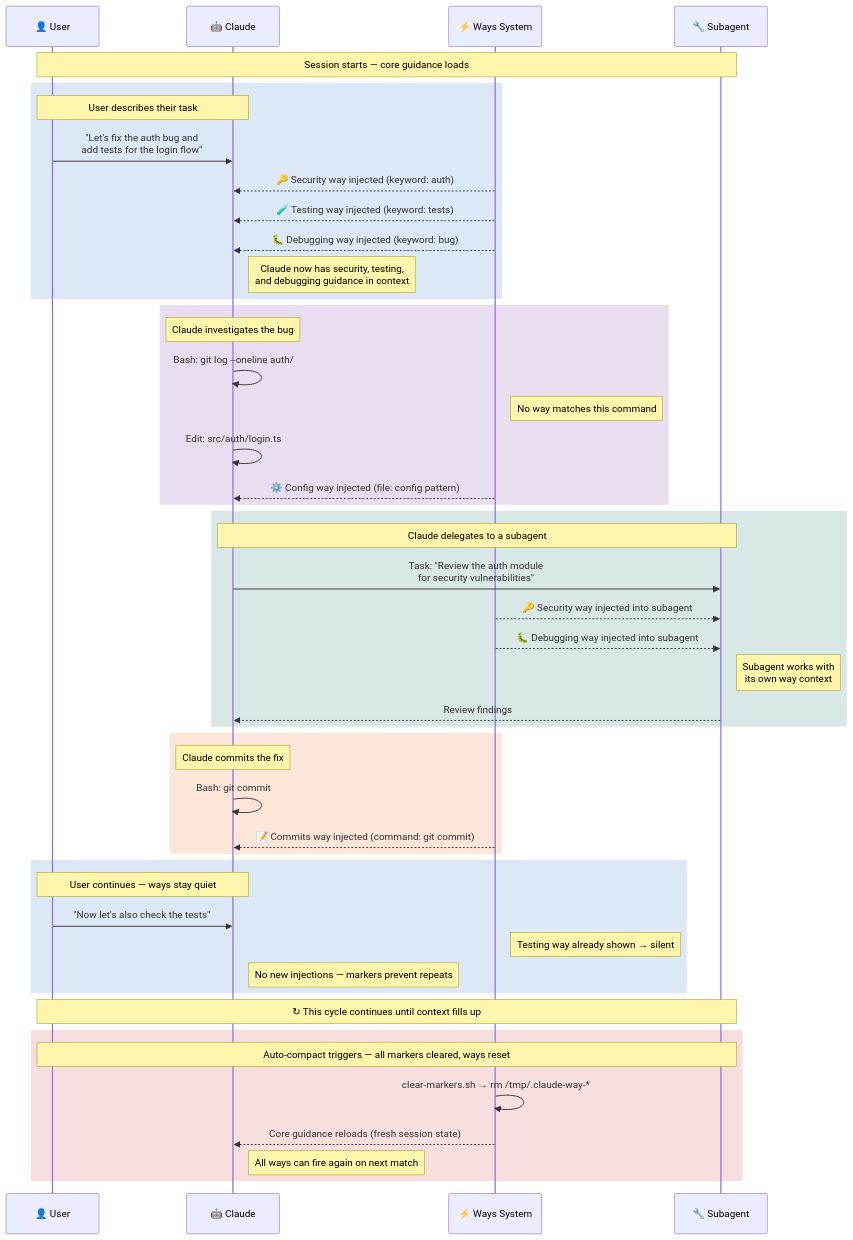
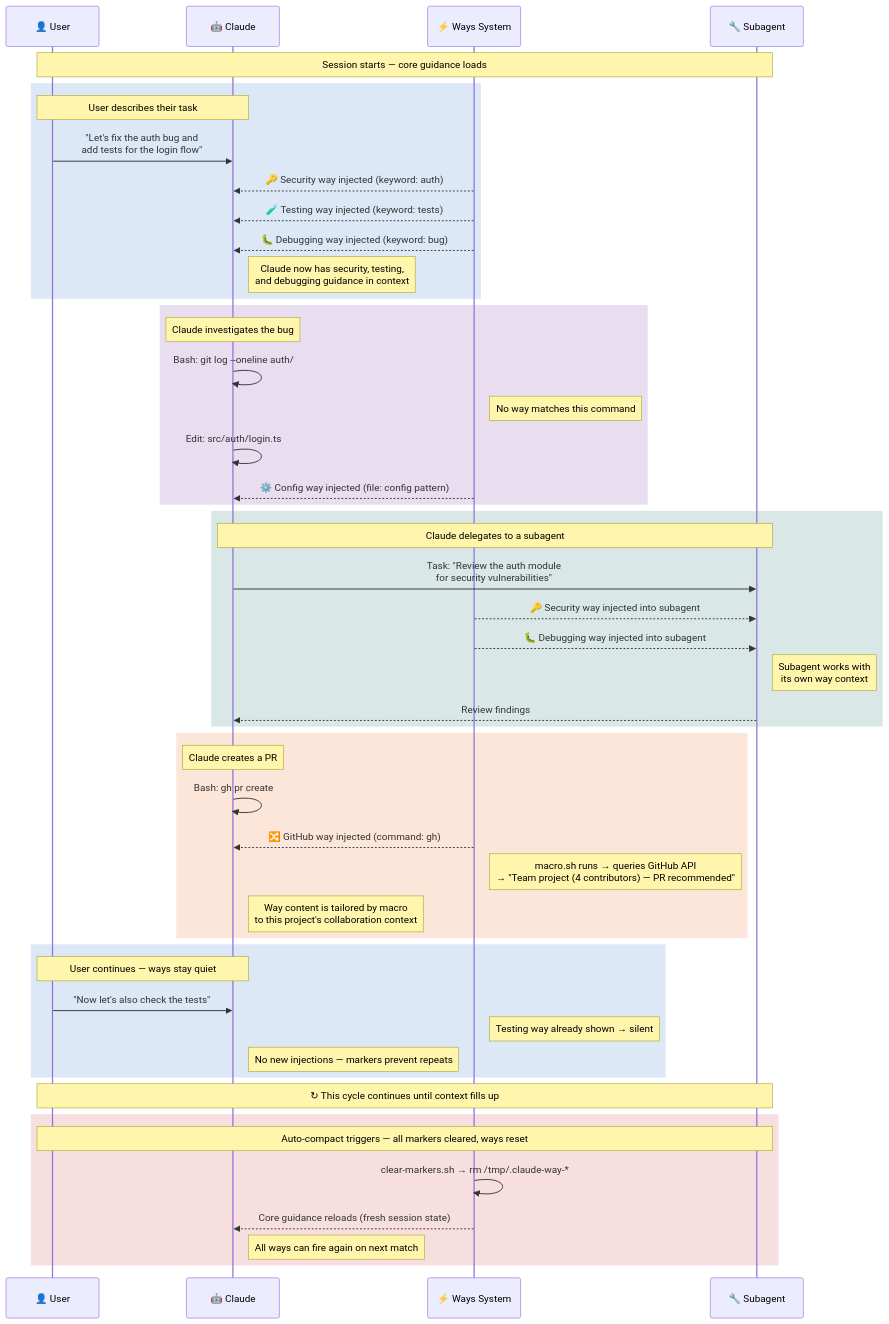
Before and after one commit to ZZirbel/claude-code-config: the first of 12 diagrams in docs/architecture.md, drawn with Mermaid. The commit also changed other lines of this file, not shown here.

First line of the commit message:
docs: add color to macro diagram, show macro in session flow

````diff
--- a/docs/architecture.md
+++ b/docs/architecture.md
@@ -9,57 +9,59 @@
 ```mermaid
 sequenceDiagram
     participant U as 👤 User
     participant C as 🤖 Claude
     participant W as ⚡ Ways System
     participant S as 🔧 Subagent
 
     Note over U,S: Session starts — core guidance loads
 
     rect rgba(21, 101, 192, 0.15)
         Note over U,C: User describes their task
         U->>C: "Let's fix the auth bug and<br/>add tests for the login flow"
         W-->>C: 🔑 Security way injected (keyword: auth)
         W-->>C: 🧪 Testing way injected (keyword: tests)
         W-->>C: 🐛 Debugging way injected (keyword: bug)
         Note right of C: Claude now has security, testing,<br/>and debugging guidance in context
     end
 
     rect rgba(106, 27, 154, 0.15)
         Note over C,C: Claude investigates the bug
         C->>C: Bash: git log --oneline auth/
         Note right of W: No way matches this command
         C->>C: Edit: src/auth/login.ts
         W-->>C: ⚙️ Config way injected (file: config pattern)
     end
 
     rect rgba(0, 105, 92, 0.15)
         Note over C,S: Claude delegates to a subagent
         C->>S: Task: "Review the auth module<br/>for security vulnerabilities"
         W-->>S: 🔑 Security way injected into subagent
         W-->>S: 🐛 Debugging way injected into subagent
         Note right of S: Subagent works with<br/>its own way context
         S-->>C: Review findings
     end
 
     rect rgba(230, 81, 0, 0.15)
-        Note over C,C: Claude commits the fix
-        C->>C: Bash: git commit
-        W-->>C: 📝 Commits way injected (command: git commit)
+        Note over C,C: Claude creates a PR
+        C->>C: Bash: gh pr create
+        W-->>C: 🔀 GitHub way injected (command: gh)
+        Note right of W: macro.sh runs → queries GitHub API<br/>→ "Team project (4 contributors) — PR recommended"
+        Note right of C: Way content is tailored by macro<br/>to this project's collaboration context
     end
 
     rect rgba(21, 101, 192, 0.15)
         Note over U,C: User continues — ways stay quiet
         U->>C: "Now let's also check the tests"
         Note right of W: Testing way already shown → silent
         Note right of C: No new injections — markers prevent repeats
     end
 
     Note over U,S: ↻ This cycle continues until context fills up
 
     rect rgba(198, 40, 40, 0.15)
         Note over U,S: Auto-compact triggers — all markers cleared, ways reset
         W->>W: clear-markers.sh → rm /tmp/.claude-way-*
         W-->>C: Core guidance reloads (fresh session state)
         Note right of C: All ways can fire again on next match
     end
 ```
````
